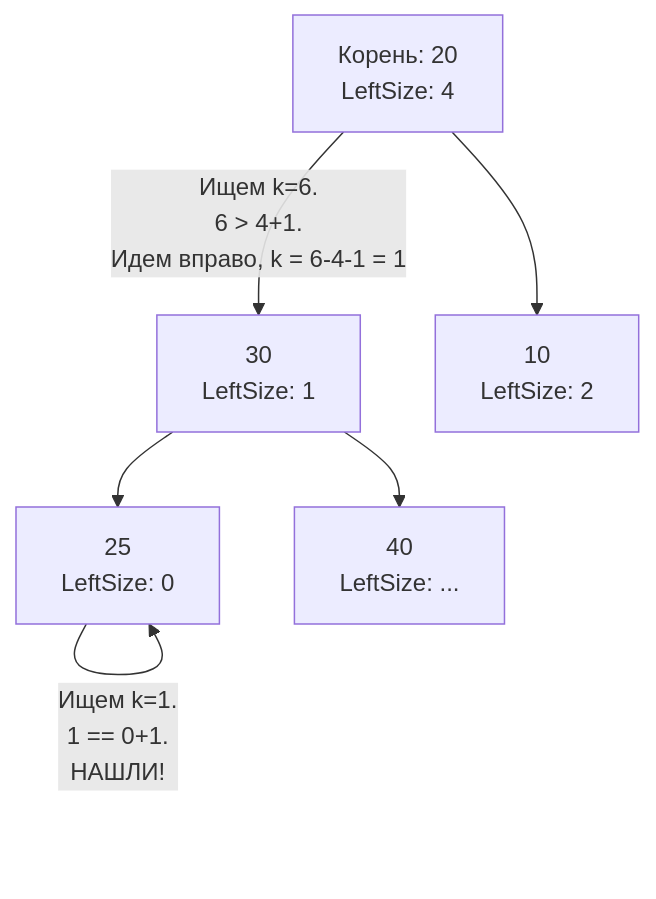
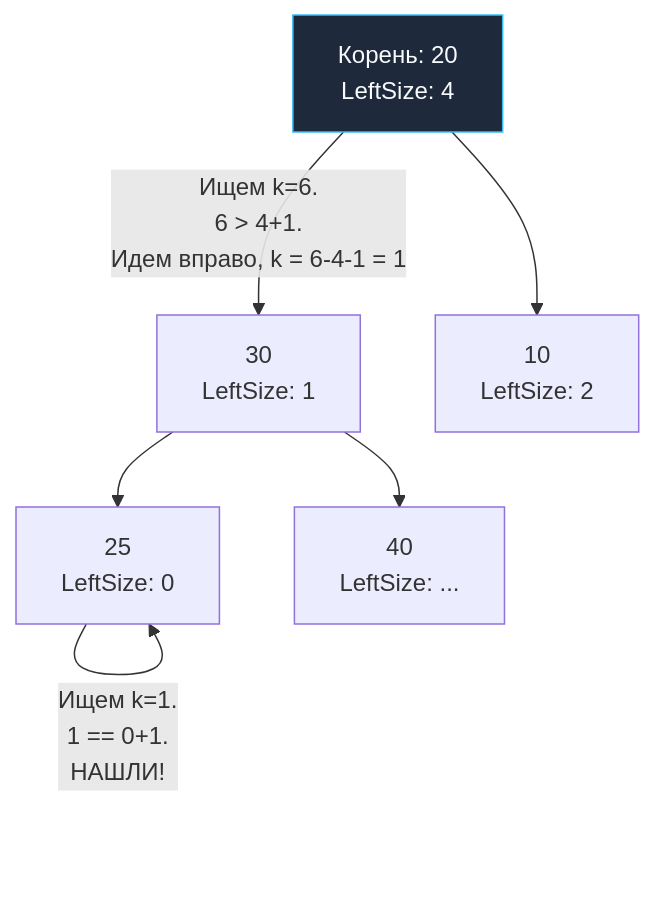
The diagram in sources/21. Задачи с LeetCode и собеседований на Go/02. Задачи/13. Деревья/7. Kth Smallest Element in BST.md (UnrealTemplier/go-textbook), drawn with Mermaid before and after one commit. The commit also changed 1666 other files, not shown here.

First line of the commit message:
feat(mermaid): add semantic color classDef to 1369 colorless flowchart/graph diagrams

````diff
--- a/sources/21. Задачи с LeetCode и собеседований на Go/02. Задачи/13. Деревья/7. Kth Smallest Element in BST.md
+++ b/sources/21. Задачи с LeetCode и собеседований на Go/02. Задачи/13. Деревья/7. Kth Smallest Element in BST.md
@@ -117,10 +117,20 @@
 ```mermaid
 graph TD
-    A["Корень: 20<br>LeftSize: 4"] -->|"Ищем k=6.<br>6 > 4+1.<br>Идем вправо, k = 6-4-1 = 1"| C["30<br>LeftSize: 1"]
+    classDef process  fill:#1e293b,stroke:#38bdf8,stroke-width:1px,color:#f8fafc
+    classDef success  fill:#064e3b,stroke:#34d399,stroke-width:1px,color:#f8fafc
+    classDef error    fill:#7f1d1d,stroke:#f87171,stroke-width:1px,color:#f8fafc
+    classDef warning  fill:#78350f,stroke:#fbbf24,stroke-width:1px,color:#f8fafc
+    classDef entry    fill:#1e3a5f,stroke:#38bdf8,stroke-width:2px,color:#f8fafc
+    classDef aux      fill:#334155,stroke:#64748b,stroke-width:1px,color:#f8fafc
+    classDef system   fill:#312e81,stroke:#a78bfa,stroke-width:1px,color:#f8fafc
+    classDef data     fill:#132d29,stroke:#2dd4bf,stroke-width:1px,color:#f8fafc
+    classDef network  fill:#881337,stroke:#fb7185,stroke-width:1px,color:#f8fafc
+    classDef accent   fill:#1e1b4b,stroke:#818cf8,stroke-width:1px,color:#f8fafc
+    A["Корень: 20<br>LeftSize: 4"]:::process -->|"Ищем k=6.<br>6 > 4+1.<br>Идем вправо, k = 6-4-1 = 1"| C["30<br>LeftSize: 1"]
     A --> B["10<br>LeftSize: 2"]
     
     C --> D["25<br>LeftSize: 0"]
     C --> E["40<br>LeftSize: ..."]
     
     D -->|"Ищем k=1.<br>1 == 0+1.<br>НАШЛИ!"| D
 ```
````
